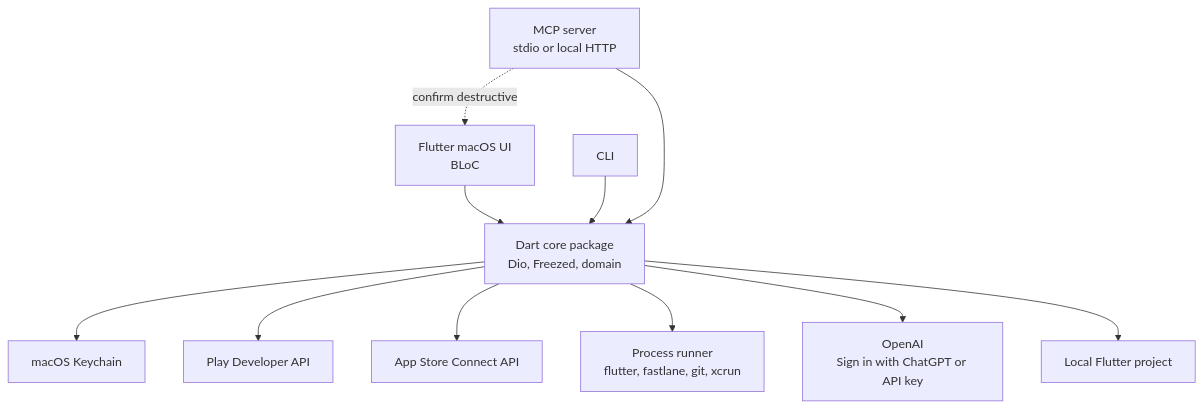
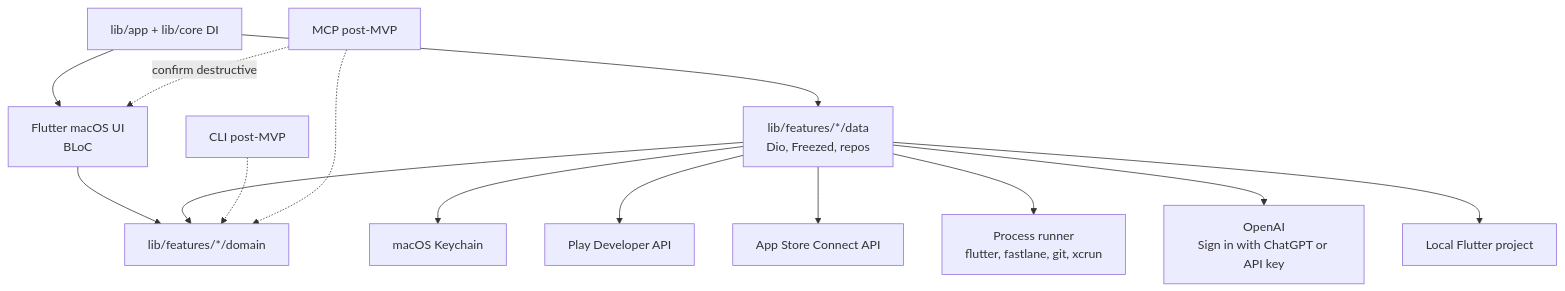
Before and after one commit to zeienko-vitalii/abel: the diagram in docs/SPEC.md, drawn with Mermaid. The commit also changed other lines of this file and 10 other files, not shown here.

First line of the commit message:
chore: align tooling, analysis, and architecture docs (#2)

````diff
--- a/docs/SPEC.md
+++ b/docs/SPEC.md
@@ -202,23 +197,28 @@
 ```mermaid
 flowchart TB
+  app["lib/app + lib/core DI"]
   ui["Flutter macOS UI\nBLoC"]
-  cli["CLI"]
-  mcp["MCP server\nstdio or local HTTP"]
-  core["Dart core package\nDio, Freezed, domain"]
+  domain["lib/features/*/domain"]
+  data["lib/features/*/data\nDio, Freezed, repos"]
   keychain["macOS Keychain"]
   play["Play Developer API"]
   asc["App Store Connect API"]
   proc["Process runner\nflutter, fastlane, git, xcrun"]
   llm["OpenAI\nSign in with ChatGPT or API key"]
   repo["Local Flutter project"]
-  ui --> core
-  cli --> core
-  mcp --> core
+  cli["CLI post-MVP"]
+  mcp["MCP post-MVP"]
+  app --> ui
+  app --> data
+  ui --> domain
+  data --> domain
+  cli -.-> domain
+  mcp -.-> domain
   mcp -.->|confirm destructive| ui
-  core --> keychain
-  core --> play
-  core --> asc
-  core --> proc
-  core --> llm
-  core --> repo
+  data --> keychain
+  data --> play
+  data --> asc
+  data --> proc
+  data --> llm
+  data --> repo
 ```
````
